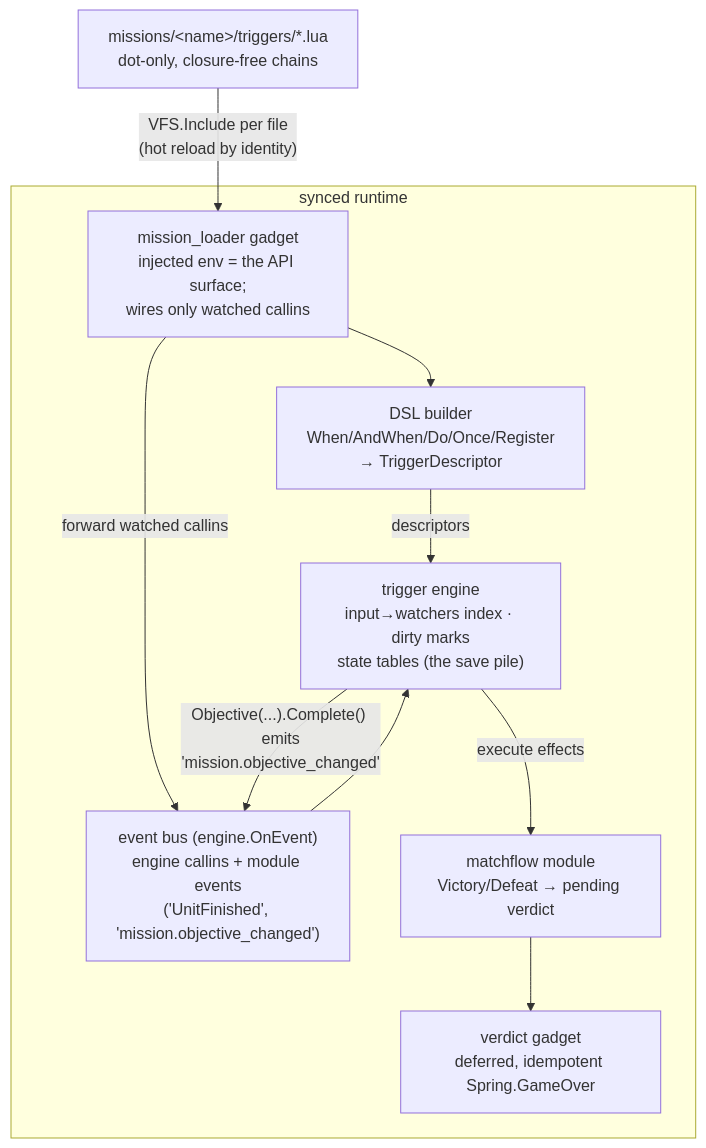
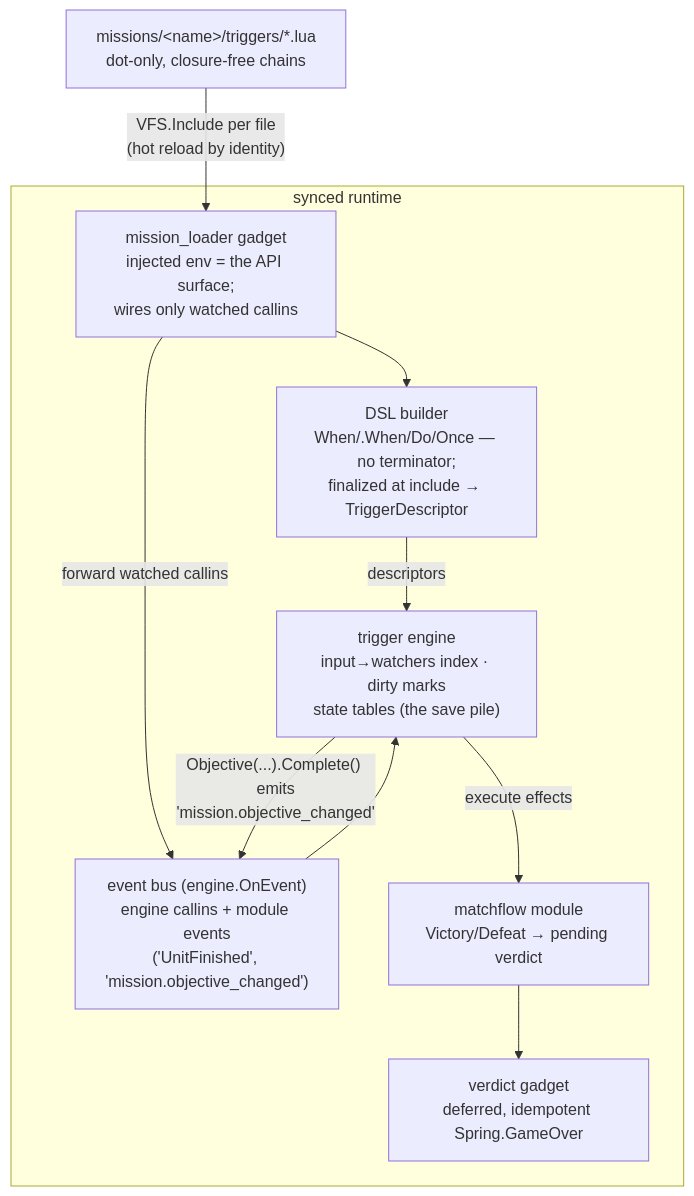
One commit to beyond-all-reason/Beyond-All-Reason changed the diagram in modules/missions/README.md. Above: the diagram before and after it, drawn with Mermaid. The commit also changed other lines of this file and 5 other files, not shown here.

First line of the commit message:
missions: kill Register — the include is the commit point

````diff
--- a/modules/missions/README.md
+++ b/modules/missions/README.md
@@ -10,18 +10,18 @@
 ```mermaid
 flowchart TB
     LUA["missions/&lt;name&gt;/triggers/*.lua<br/>dot-only, closure-free chains"]
     subgraph SYNCED["synced runtime"]
         LOADER["mission_loader gadget<br/>injected env = the API surface;<br/>wires only watched callins"]
-        DSL["DSL builder<br/>When/AndWhen/Do/Once/Register<br/>→ TriggerDescriptor"]
+        DSL["DSL builder<br/>When/.When/Do/Once — no terminator;<br/>finalized at include → TriggerDescriptor"]
         ENGINE["trigger engine<br/>input→watchers index · dirty marks<br/>state tables (the save pile)"]
         BUS["event bus (engine.OnEvent)<br/>engine callins + module events<br/>('UnitFinished', 'mission.objective_changed')"]
         MF["matchflow module<br/>Victory/Defeat → pending verdict"]
         VG["verdict gadget<br/>deferred, idempotent Spring.GameOver"]
     end
     LUA -->|"VFS.Include per file<br/>(hot reload by identity)"| LOADER
     LOADER --> DSL -->|"descriptors"| ENGINE
     LOADER -->|"forward watched callins"| BUS --> ENGINE
     ENGINE -->|"execute effects"| MF
     ENGINE -->|"Objective(...).Complete() emits<br/>'mission.objective_changed'"| BUS
     MF --> VG
 ```
````
